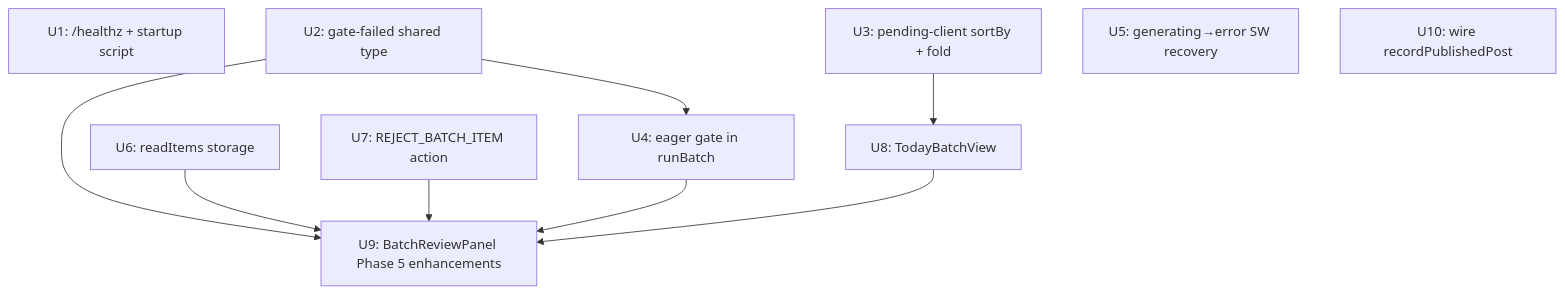
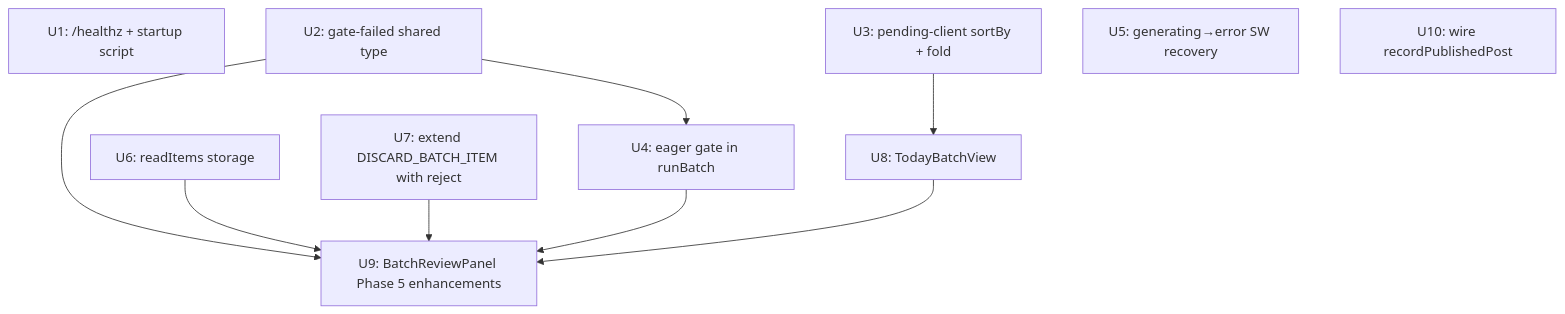
The diagram in docs/plans/2026-06-11-003-feat-phase5-daily-batch-review-plan.md (redredchen02-rgb/51publisher), drawn with Mermaid before and after one commit. The commit also changed other lines of this file, not shown here.

````diff
--- a/docs/plans/2026-06-11-003-feat-phase5-daily-batch-review-plan.md
+++ b/docs/plans/2026-06-11-003-feat-phase5-daily-batch-review-plan.md
@@ -173,21 +173,21 @@
 ```mermaid
 graph TB
   U1[U1: /healthz + startup script]
   U2[U2: gate-failed shared type]
   U3[U3: pending-client sortBy + fold]
   U4[U4: eager gate in runBatch]
   U5[U5: generating→error SW recovery]
   U6[U6: readItems storage]
-  U7[U7: REJECT_BATCH_ITEM action]
+  U7[U7: extend DISCARD_BATCH_ITEM with reject]
   U8[U8: TodayBatchView]
   U9[U9: BatchReviewPanel Phase 5 enhancements]
   U10[U10: wire recordPublishedPost]
 
   U2 --> U4
   U2 --> U9
   U3 --> U8
   U6 --> U9
   U7 --> U9
   U4 --> U9
   U8 --> U9
 ```
````
